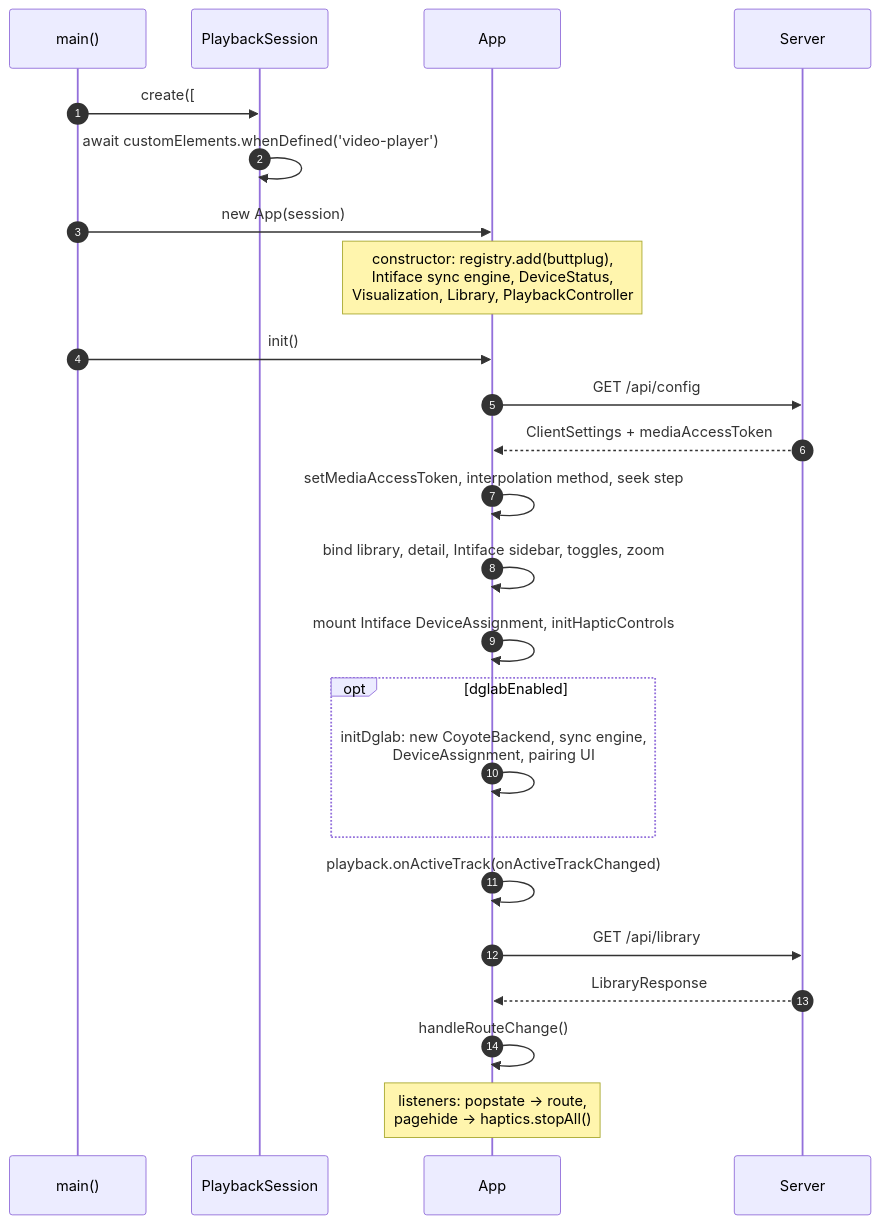
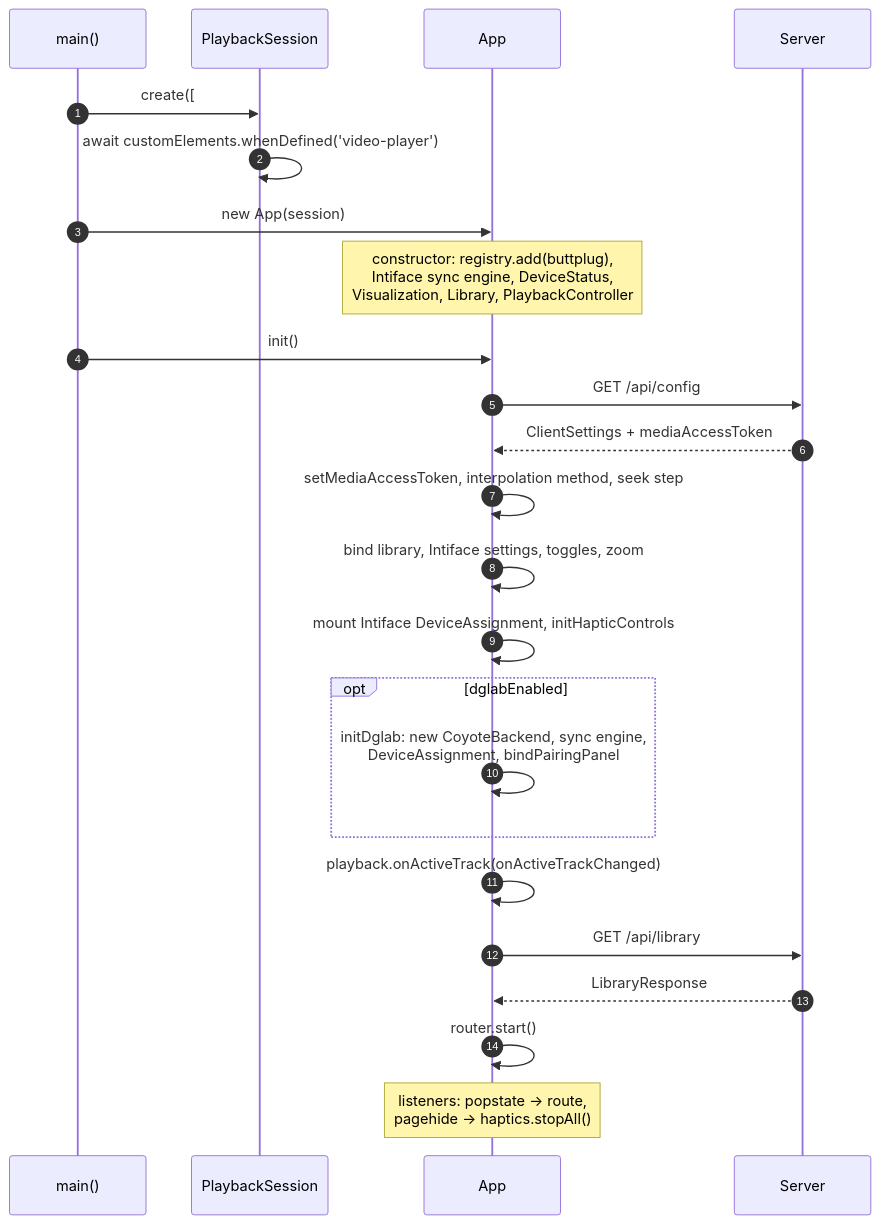
Before and after one commit to lumbar-spine-support/docker-haptic-player: the second of 5 diagrams in docs/developer/client.md, drawn with Mermaid. The commit also changed other lines of this file and 52 other files, not shown here.

````diff
--- a/docs/developer/client.md
+++ b/docs/developer/client.md
@@ -65,27 +65,27 @@
 ```mermaid
 sequenceDiagram
   autonumber
   participant M as main()
   participant PS as PlaybackSession
   participant A as App
   participant S as Server
 
   M->>PS: create([#player-slot-a, #player-slot-b])
   PS->>PS: await customElements.whenDefined('video-player')
   M->>A: new App(session)
   Note over A: constructor: registry.add(buttplug),<br/>Intiface sync engine, DeviceStatus,<br/>Visualization, Library, PlaybackController
   M->>A: init()
   A->>S: GET /api/config
   S-->>A: ClientSettings + mediaAccessToken
   A->>A: setMediaAccessToken, interpolation method, seek step
-  A->>A: bind library, detail, Intiface sidebar, toggles, zoom
+  A->>A: bind library, Intiface settings, toggles, zoom
   A->>A: mount Intiface DeviceAssignment, initHapticControls
   opt dglabEnabled
-    A->>A: initDglab: new CoyoteBackend, sync engine,<br/>DeviceAssignment, pairing UI
+    A->>A: initDglab: new CoyoteBackend, sync engine,<br/>DeviceAssignment, bindPairingPanel
   end
   A->>A: playback.onActiveTrack(onActiveTrackChanged)
   A->>S: GET /api/library
   S-->>A: LibraryResponse
-  A->>A: handleRouteChange()
+  A->>A: router.start()
   Note over A: listeners: popstate → route,<br/>pagehide → haptics.stopAll()
 ```
````
